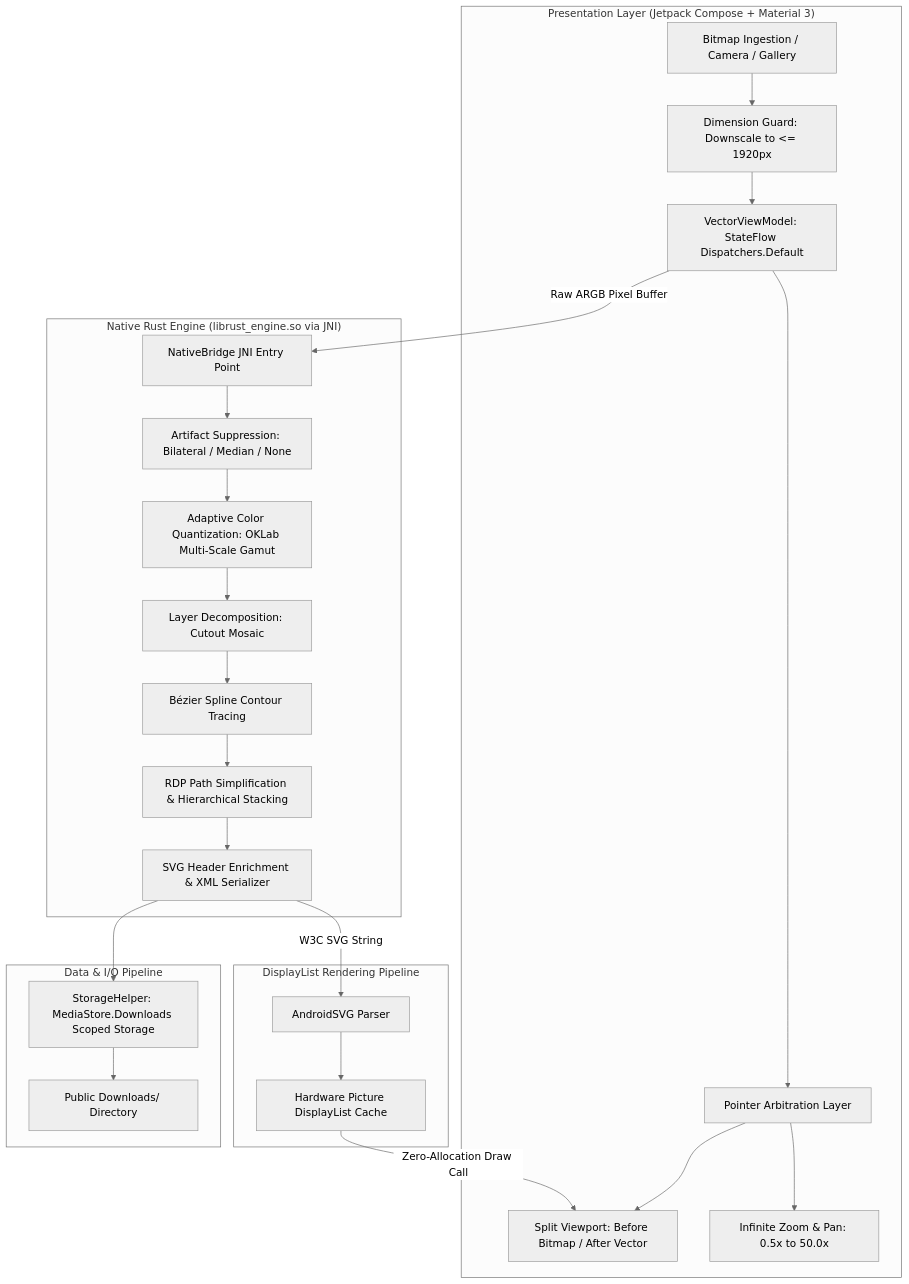
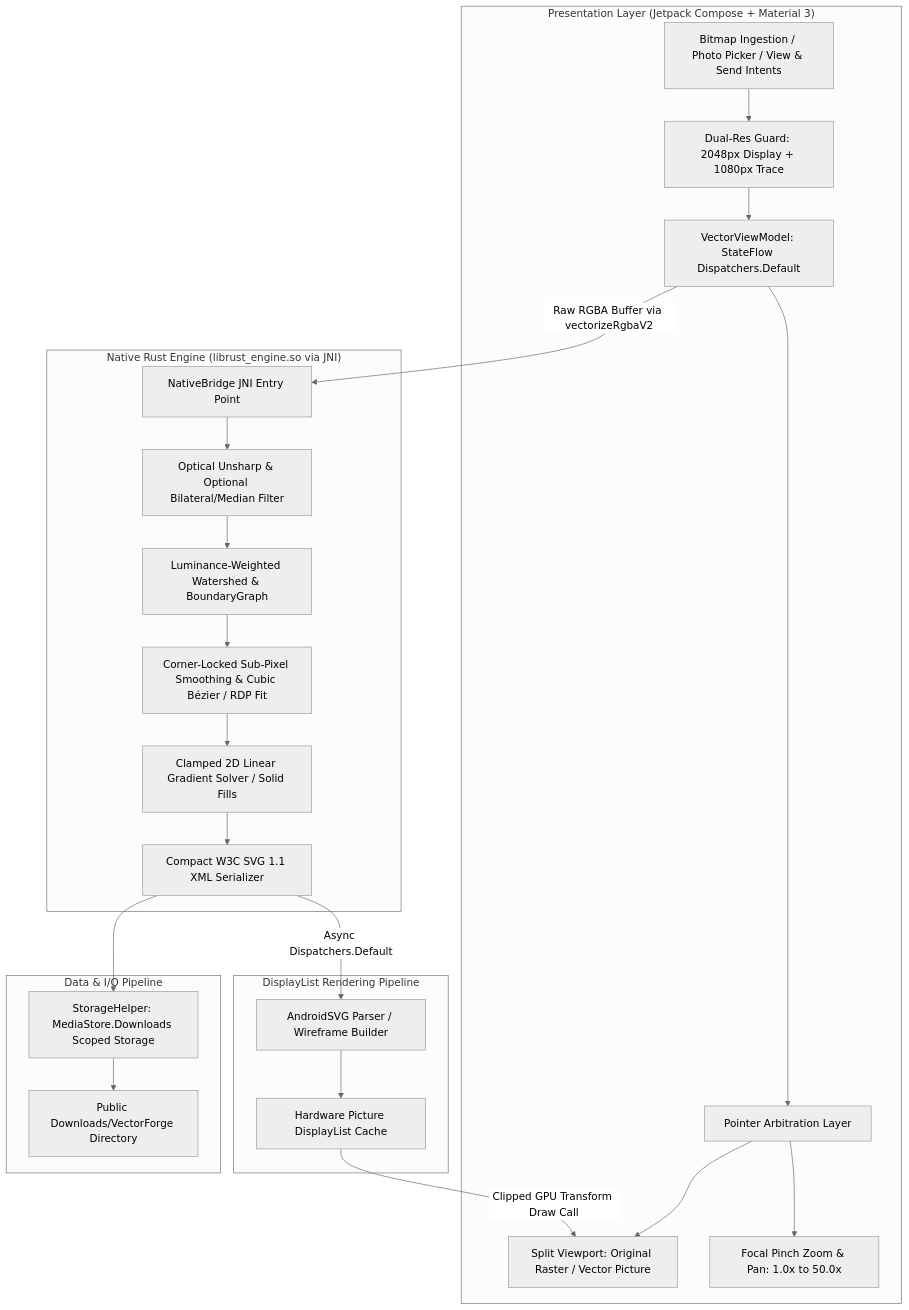
One commit to RayAashish/creativity-with-ai changed the diagram in infintely-zoomable-svg/README.md. Above: the diagram before and after it, drawn with Mermaid (neutral theme). The commit also changed other lines of this file and 20 other files, not shown here.

Commit message:
feat(vectorforge): release v4.0 Neural-Gradient Mosaic engine & redesigned studio UI

````diff
--- a/infintely-zoomable-svg/README.md
+++ b/infintely-zoomable-svg/README.md
@@ -66,31 +66,30 @@
 ```mermaid
 flowchart TD
     subgraph UI ["Presentation Layer (Jetpack Compose + Material 3)"]
-        A[Bitmap Ingestion / Camera / Gallery] --> B[Dimension Guard: Downscale to <= 1920px]
+        A[Bitmap Ingestion / Photo Picker / View & Send Intents] --> B[Dual-Res Guard: 2048px Display + 1080px Trace]
         B --> C[VectorViewModel: StateFlow Dispatchers.Default]
         C --> D[Pointer Arbitration Layer]
-        D --> E[Split Viewport: Before Bitmap / After Vector]
-        D --> F[Infinite Zoom & Pan: 0.5x to 50.0x]
+        D --> E[Split Viewport: Original Raster / Vector Picture]
+        D --> F[Focal Pinch Zoom & Pan: 1.0x to 50.0x]
     end
 
     subgraph NATIVE ["Native Rust Engine (librust_engine.so via JNI)"]
-        C -->|Raw ARGB Pixel Buffer| G[NativeBridge JNI Entry Point]
-        G --> H[Artifact Suppression: Bilateral / Median / None]
-        H --> I[Adaptive Color Quantization: OKLab Multi-Scale Gamut]
-        I --> J[Layer Decomposition: Cutout Mosaic]
-        J --> K[Bézier Spline Contour Tracing]
-        K --> L[RDP Path Simplification & Hierarchical Stacking]
-        L --> M[SVG Header Enrichment & XML Serializer]
+        C -->|Raw RGBA Buffer via vectorizeRgbaV2| G[NativeBridge JNI Entry Point]
+        G --> H[Optical Unsharp & Optional Bilateral/Median Filter]
+        H --> I[Luminance-Weighted Watershed & BoundaryGraph]
+        I --> J[Corner-Locked Sub-Pixel Smoothing & Cubic Bézier / RDP Fit]
+        J --> K[Clamped 2D Linear Gradient Solver / Solid Fills]
+        K --> L[Compact W3C SVG 1.1 XML Serializer]
     end
 
     subgraph CACHE ["DisplayList Rendering Pipeline"]
-        M -->|W3C SVG String| N[AndroidSVG Parser]
+        L -->|Async Dispatchers.Default| N[AndroidSVG Parser / Wireframe Builder]
         N --> O[Hardware Picture DisplayList Cache]
-        O -->|Zero-Allocation Draw Call| E
+        O -->|Clipped GPU Transform Draw Call| E
     end
 
     subgraph IO ["Data & I/O Pipeline"]
-        M --> P[StorageHelper: MediaStore.Downloads Scoped Storage]
-        P --> Q[Public Downloads/ Directory]
+        L --> P[StorageHelper: MediaStore.Downloads Scoped Storage]
+        P --> Q[Public Downloads/VectorForge Directory]
     end
 ```
````
